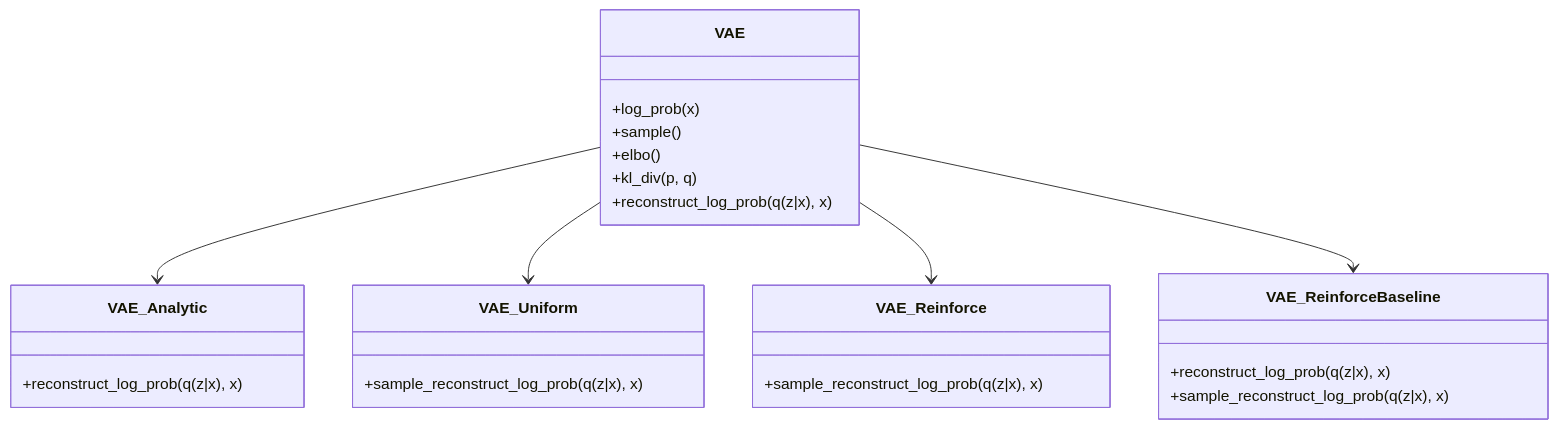
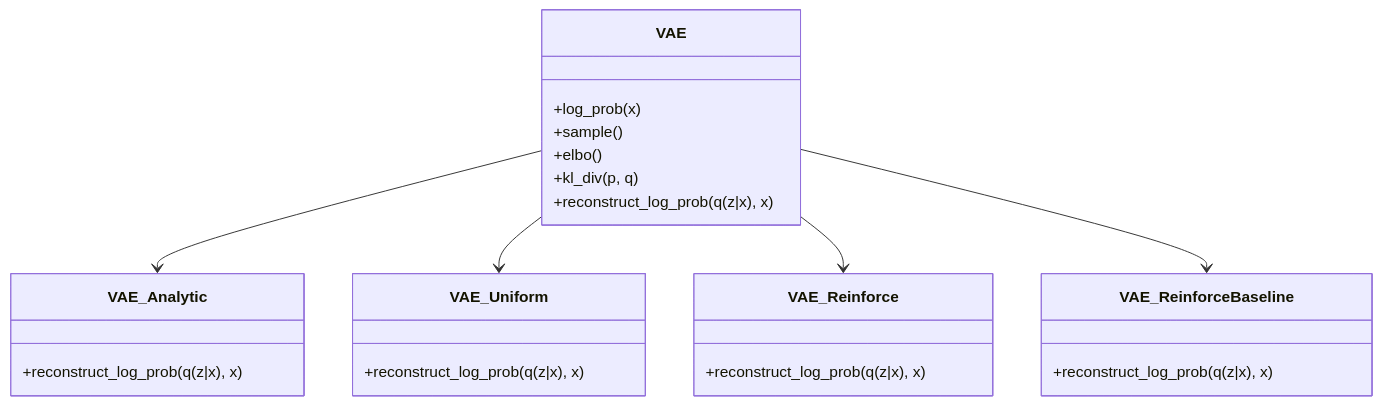
Before and after one commit to jfrancis71/pygen_models: the diagram in documentation/discrete_vae_software.md, drawn with Mermaid.

````diff
--- a/documentation/discrete_vae_software.md
+++ b/documentation/discrete_vae_software.md
@@ -1,27 +1,26 @@
 ```mermaid
 classDiagram
     class VAE{
         +log_prob(x)
         +sample()
         +elbo()
         +kl_div(p, q)
         +reconstruct_log_prob(q(z|x), x)
     }
     class VAE_Analytic{
         +reconstruct_log_prob(q(z|x), x)
     }
     class VAE_Uniform{
-        +sample_reconstruct_log_prob(q(z|x), x)
+        +reconstruct_log_prob(q(z|x), x)
     }
     class VAE_Reinforce{
-        +sample_reconstruct_log_prob(q(z|x), x)
+        +reconstruct_log_prob(q(z|x), x)
     }
     class VAE_ReinforceBaseline{
         +reconstruct_log_prob(q(z|x), x)
-        +sample_reconstruct_log_prob(q(z|x), x)
     }
     VAE --> VAE_Analytic
     VAE --> VAE_Uniform
     VAE --> VAE_Reinforce
     VAE --> VAE_ReinforceBaseline
 ```
````
